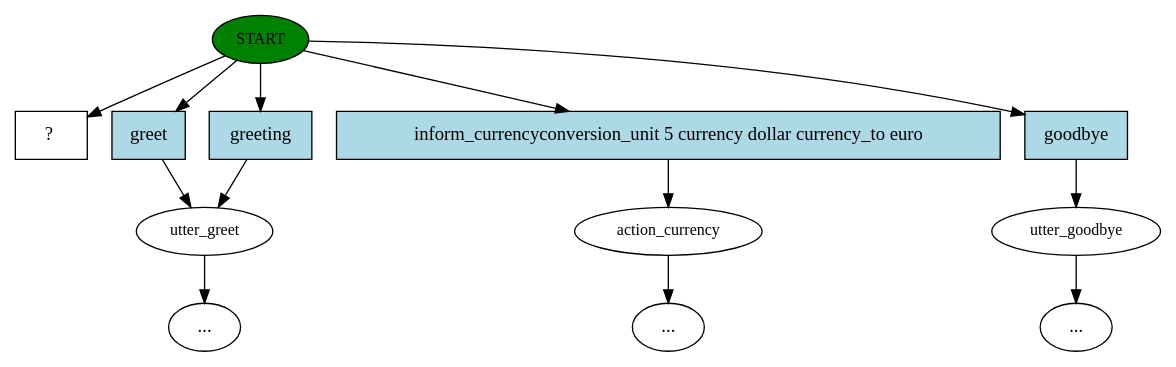
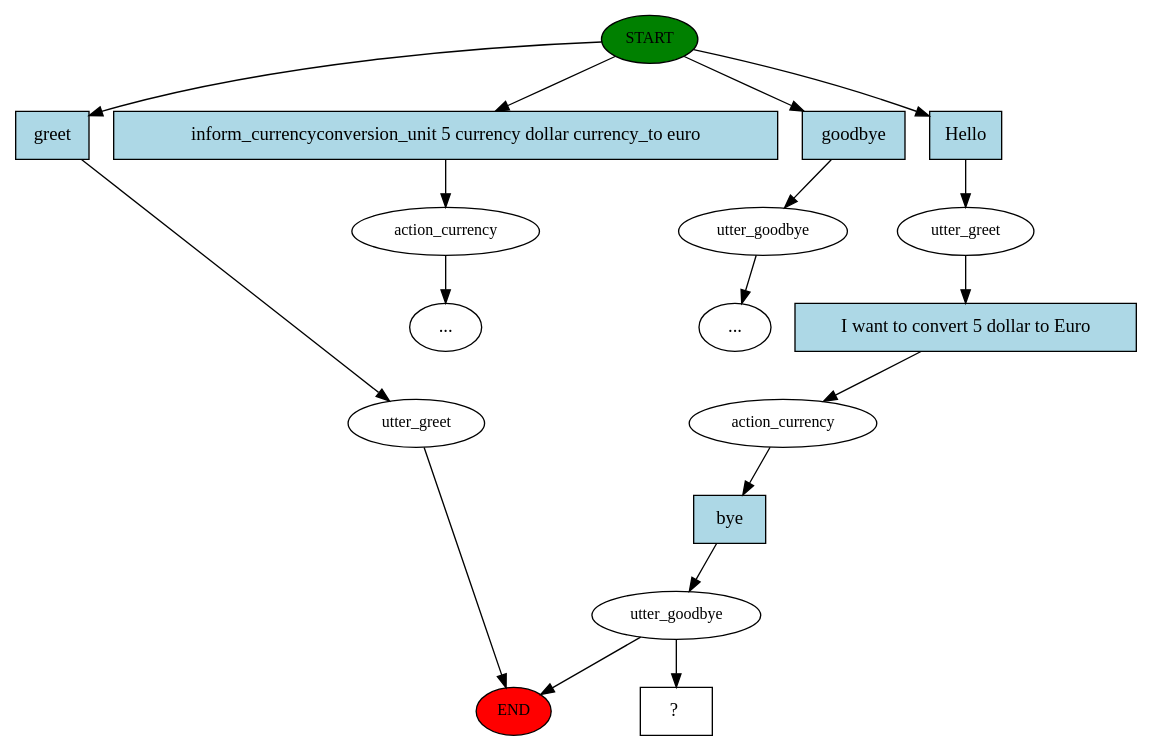
One commit to itwasmycode/Tradeus changed the diagram in model/story_graph.dot. Above: the diagram before and after it, drawn with Graphviz. The commit also changed 8 other files, not shown here.

```diff
--- a/model/story_graph.dot
+++ b/model/story_graph.dot
@@ -1,26 +1,36 @@
 digraph  {
 0 [class="start active", fillcolor=green, fontsize=12, label=START, style=filled];
+"-1" [class=end, fillcolor=red, fontsize=12, label=END, style=filled];
 1 [class="", fontsize=12, label=utter_greet];
 2 [class="", fontsize=12, label=action_currency];
 3 [class="", fontsize=12, label=utter_goodbye];
+"-4" [class=ellipsis, label="..."];
 "-5" [class=ellipsis, label="..."];
-"-6" [class=ellipsis, label="..."];
-"-7" [class=ellipsis, label="..."];
-6 [class="intent dashed active", label="  ?  ", shape=rect];
-7 [class=intent, fillcolor=lightblue, label=greet, shape=rect, style=filled];
-8 [class=intent, fillcolor=lightblue, label=greeting, shape=rect, style=filled];
-9 [class=intent, fillcolor=lightblue, label="inform_currencyconversion_unit 5 currency dollar currency_to euro", shape=rect, style=filled];
-10 [class=intent, fillcolor=lightblue, label=goodbye, shape=rect, style=filled];
-0 -> 6  [class=active, key=NONE, label=""];
-0 -> 7  [class="", key=0];
-0 -> 8  [class="", key=0];
-0 -> 9  [class="", key=0];
-0 -> 10  [class="", key=0];
-1 -> "-7"  [class="", key=NONE, label=""];
-2 -> "-6"  [class="", key=NONE, label=""];
-3 -> "-5"  [class="", key=NONE, label=""];
-7 -> 1  [class="", key=0];
-8 -> 1  [class="", key=0];
-9 -> 2  [class="", key=0];
-10 -> 3  [class="", key=0];
+5 [class=active, fontsize=12, label=utter_greet];
+6 [class=active, fontsize=12, label=action_currency];
+7 [class=active, fontsize=12, label=utter_goodbye];
+11 [class="intent dashed active", label="  ?  ", shape=rect];
+12 [class=intent, fillcolor=lightblue, label=greet, shape=rect, style=filled];
+13 [class=intent, fillcolor=lightblue, label="inform_currencyconversion_unit 5 currency dollar currency_to euro", shape=rect, style=filled];
+14 [class=intent, fillcolor=lightblue, label=goodbye, shape=rect, style=filled];
+15 [class="intent active", fillcolor=lightblue, label=Hello, shape=rect, style=filled];
+16 [class="intent active", fillcolor=lightblue, label="I want to convert 5 dollar to Euro", shape=rect, style=filled];
+17 [class="intent active", fillcolor=lightblue, label=bye, shape=rect, style=filled];
+0 -> 12  [class="", key=0];
+0 -> 13  [class="", key=0];
+0 -> 14  [class="", key=0];
+0 -> 15  [class=active, key=0];
+1 -> "-1"  [class="", key=NONE, label=""];
+2 -> "-5"  [class="", key=NONE, label=""];
+3 -> "-4"  [class="", key=NONE, label=""];
+5 -> 16  [class=active, key=0];
+6 -> 17  [class=active, key=0];
+7 -> "-1"  [class="", key=NONE, label=""];
+7 -> 11  [class=active, key=NONE, label=""];
+12 -> 1  [class="", key=0];
+13 -> 2  [class="", key=0];
+14 -> 3  [class="", key=0];
+15 -> 5  [class=active, key=0];
+16 -> 6  [class=active, key=0];
+17 -> 7  [class=active, key=0];
 }
```
